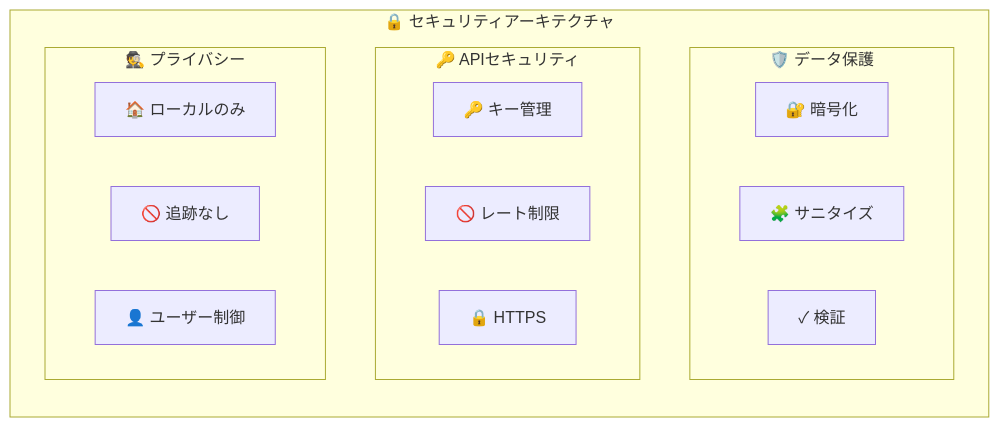
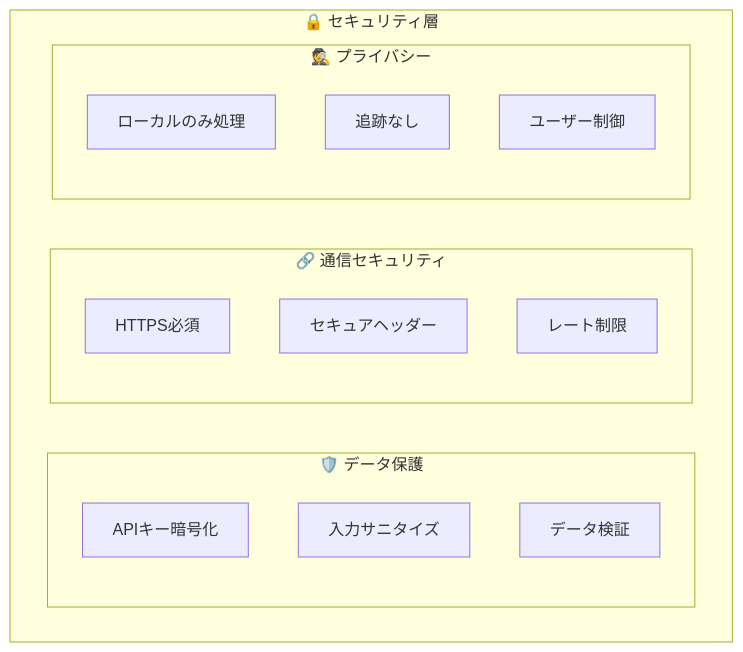
Before and after one commit to t2k2pp/SlideMaster: the eighth of 9 diagrams in docs/02_Basic_Design.md, drawn with Mermaid. The commit also changed other lines of this file and 4 other files, not shown here.

````diff
--- a/docs/02_Basic_Design.md
+++ b/docs/02_Basic_Design.md
@@ -710,24 +611,22 @@
 ```mermaid
 graph TD
-    subgraph Security_Architecture["🔒 セキュリティアーキテクチャ"]
-        direction TB
-        
+    subgraph Security_Layers["🔒 セキュリティ層"]
         subgraph Data_Protection["🛡️ データ保護"]
-            Encryption["🔐 暗号化"]
-            Sanitization["🧩 サニタイズ"]
-            Validation["✓ 検証"]
+            Encryption["APIキー暗号化"]
+            Sanitization["入力サニタイズ"]
+            Validation["データ検証"]
         end
         
-        subgraph API_Security["🔑 APIセキュリティ"]
-            KeyManagement["🔑 キー管理"]
-            RateLimit["🚫 レート制限"]
-            HTTPS["🔒 HTTPS"]
+        subgraph Communication["🔗 通信セキュリティ"]
+            HTTPS["HTTPS必須"]
+            HeaderSecurity["セキュアヘッダー"]
+            RateLimit["レート制限"]
         end
         
         subgraph Privacy["🕵️ プライバシー"]
-            LocalOnly["🏠 ローカルのみ"]
-            NoTracking["🚫 追跡なし"]
-            UserControl["👤 ユーザー制御"]
+            LocalOnly["ローカルのみ処理"]
+            NoTracking["追跡なし"]
+            UserControl["ユーザー制御"]
         end
     end
 ```
````
